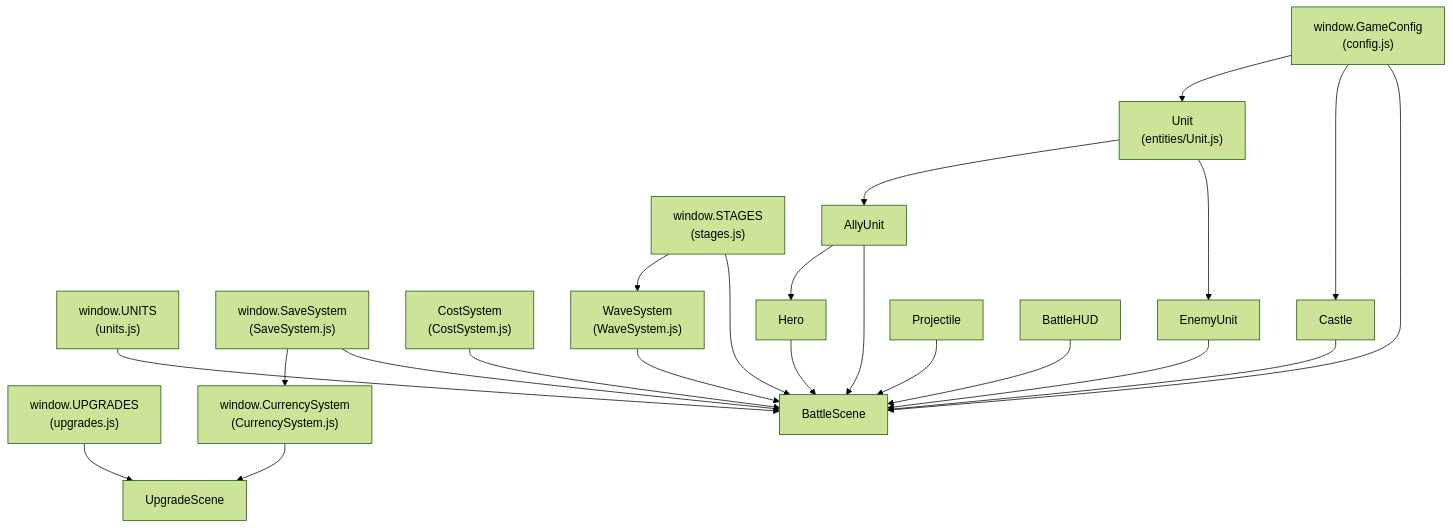
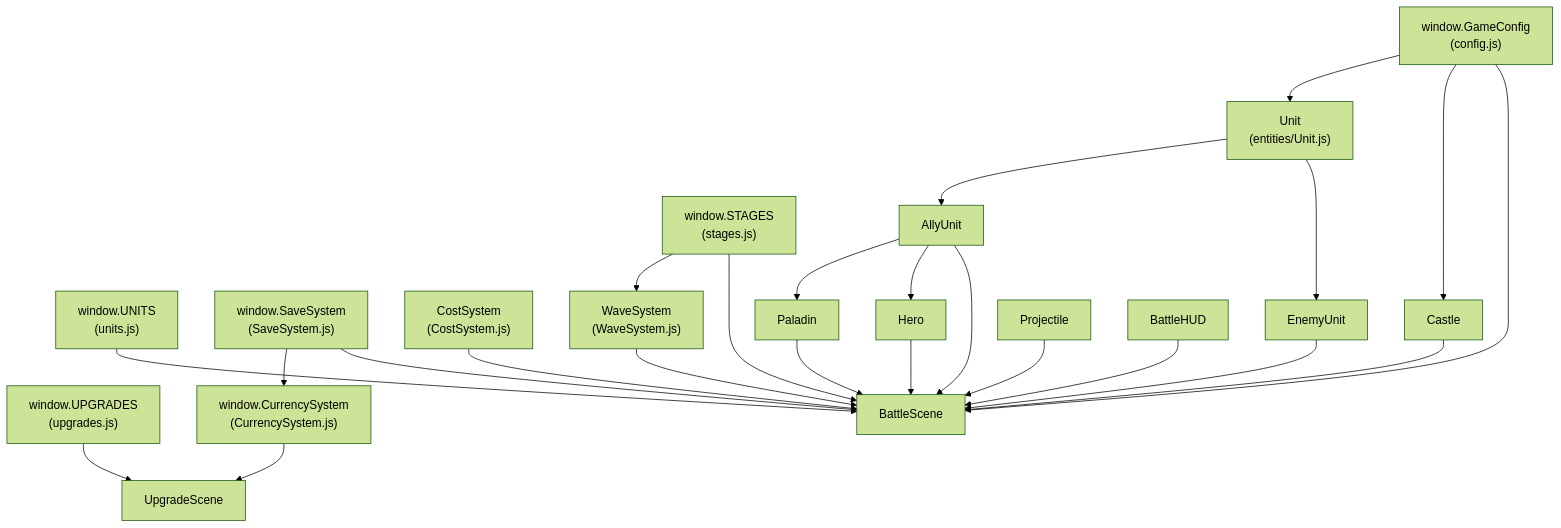
The second of 2 diagrams in DOCS/SYSTEM/ARCHITECTURE.md (qortmdduf/Line-Breaker), drawn with Mermaid (forest theme) before and after one commit. The commit also changed other lines of this file and 3 other files, not shown here.

First line of the commit message:
docs: 세션 3 QA PASS 반영 — UNIT_STATS 전면 갱신, BATTLE_FLOW/ARCHITECTURE/WORK_LOG 갱신

````diff
--- a/DOCS/SYSTEM/ARCHITECTURE.md
+++ b/DOCS/SYSTEM/ARCHITECTURE.md
@@ -95,41 +96,44 @@
 ```mermaid
 graph TD
     GameConfig["window.GameConfig<br/>(config.js)"]
     UNITS["window.UNITS<br/>(units.js)"]
     STAGES["window.STAGES<br/>(stages.js)"]
     UPGRADES["window.UPGRADES<br/>(upgrades.js)"]
     SaveSystem["window.SaveSystem<br/>(SaveSystem.js)"]
     CurrencySystem["window.CurrencySystem<br/>(CurrencySystem.js)"]
     CostSystem["CostSystem<br/>(CostSystem.js)"]
     WaveSystem["WaveSystem<br/>(WaveSystem.js)"]
     Unit["Unit<br/>(entities/Unit.js)"]
     AllyUnit["AllyUnit"]
+    Paladin["Paladin"]
     EnemyUnit["EnemyUnit"]
     Hero["Hero"]
     Castle["Castle"]
     Projectile["Projectile"]
     BattleHUD["BattleHUD"]
     BattleScene["BattleScene"]
 
     GameConfig --> Unit
     GameConfig --> Castle
     GameConfig --> BattleScene
     UNITS --> BattleScene
     STAGES --> WaveSystem
     STAGES --> BattleScene
     UPGRADES --> UpgradeScene
     SaveSystem --> CurrencySystem
     SaveSystem --> BattleScene
     CurrencySystem --> UpgradeScene
     CostSystem --> BattleScene
     WaveSystem --> BattleScene
     Unit --> AllyUnit
     Unit --> EnemyUnit
+    AllyUnit --> Paladin
     AllyUnit --> Hero
     AllyUnit --> BattleScene
+    Paladin --> BattleScene
     EnemyUnit --> BattleScene
     Hero --> BattleScene
     Castle --> BattleScene
     Projectile --> BattleScene
     BattleHUD --> BattleScene
 ```
````
